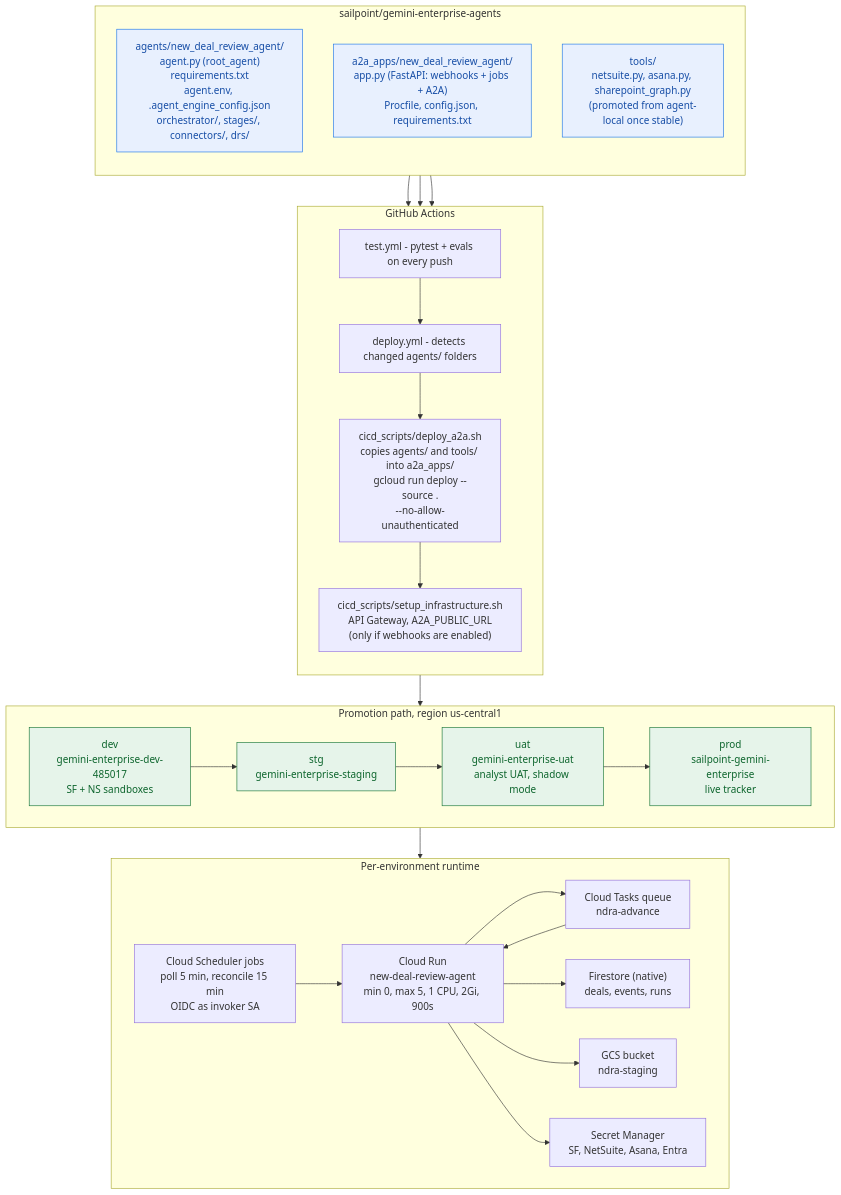
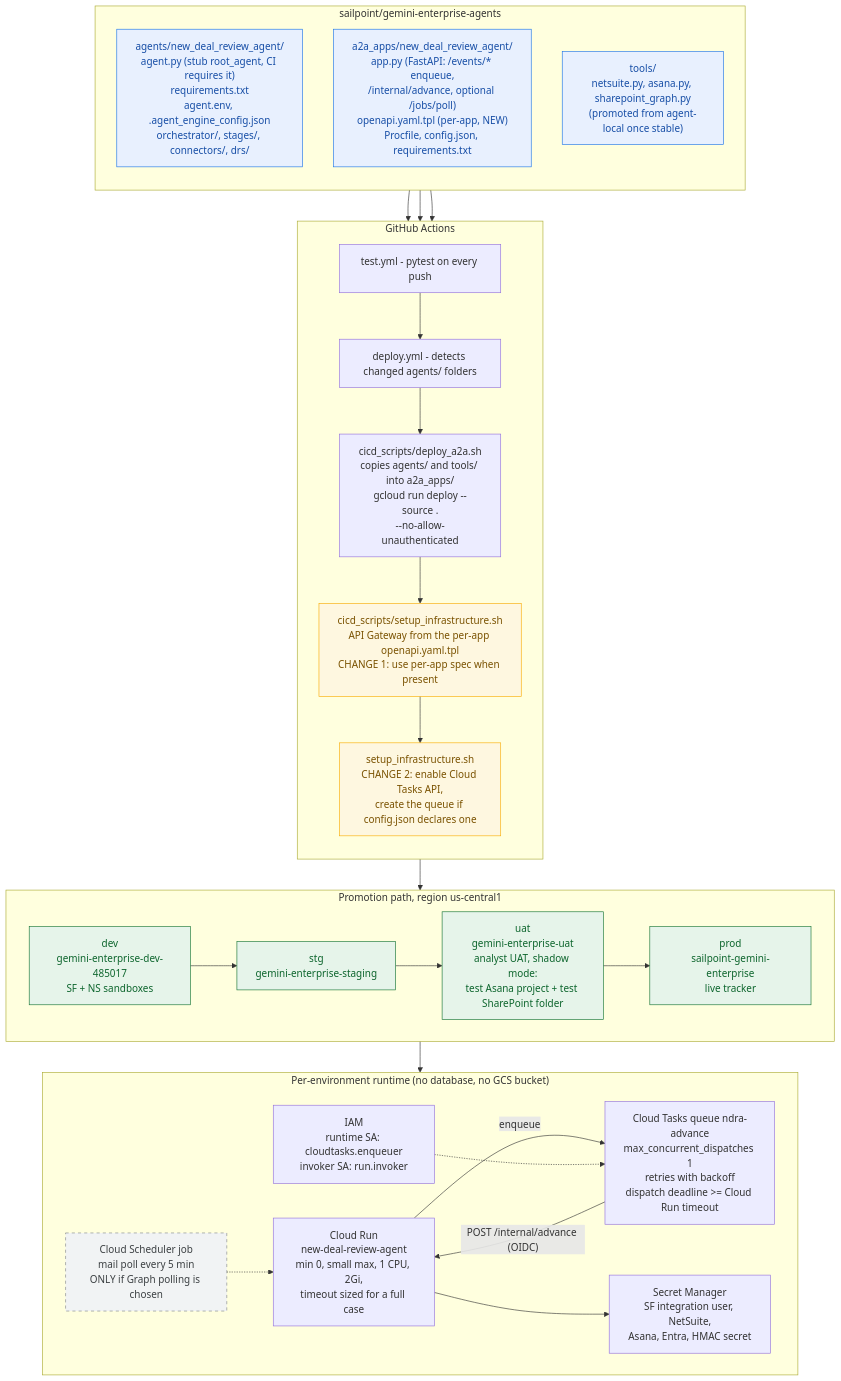
Before and after one commit to raj-barshikar-sp/deal_review_agent_wf1: the diagram in docs/plan/diagrams/mmd/07-deployment.mmd, drawn with Mermaid. The commit also changed 21 other files, not shown here.

Commit message:
updated diagrams

```diff
--- a/docs/plan/diagrams/mmd/07-deployment.mmd
+++ b/docs/plan/diagrams/mmd/07-deployment.mmd
@@ -1,49 +1,51 @@
 flowchart TB
     classDef repo fill:#e8f0fe,stroke:#1a73e8,color:#174ea6
     classDef env fill:#e6f4ea,stroke:#137333,color:#0d652d
+    classDef opt fill:#f1f3f4,stroke:#80868b,color:#3c4043,stroke-dasharray: 5 5
+    classDef new fill:#fef7e0,stroke:#f9ab00,color:#7a5200
 
     subgraph R["sailpoint/gemini-enterprise-agents"]
         direction TB
-        A1["agents/new_deal_review_agent/<br/>agent.py (root_agent)<br/>requirements.txt<br/>agent.env, .agent_engine_config.json<br/>orchestrator/, stages/, connectors/, drs/"]:::repo
-        A2["a2a_apps/new_deal_review_agent/<br/>app.py (FastAPI: webhooks + jobs + A2A)<br/>Procfile, config.json, requirements.txt"]:::repo
+        A1["agents/new_deal_review_agent/<br/>agent.py (stub root_agent, CI requires it)<br/>requirements.txt<br/>agent.env, .agent_engine_config.json<br/>orchestrator/, stages/, connectors/, drs/"]:::repo
+        A2["a2a_apps/new_deal_review_agent/<br/>app.py (FastAPI: /events/* enqueue,<br/>/internal/advance, optional /jobs/poll)<br/>openapi.yaml.tpl (per-app, NEW)<br/>Procfile, config.json, requirements.txt"]:::repo
         A3["tools/<br/>netsuite.py, asana.py, sharepoint_graph.py<br/>(promoted from agent-local once stable)"]:::repo
     end
 
     subgraph CI["GitHub Actions"]
         direction TB
-        T1["test.yml - pytest + evals on every push"]
+        T1["test.yml - pytest on every push"]
         T2["deploy.yml - detects changed agents/ folders"]
         T3["cicd_scripts/deploy_a2a.sh<br/>copies agents/ and tools/ into a2a_apps/<br/>gcloud run deploy --source .<br/>--no-allow-unauthenticated"]
-        T4["cicd_scripts/setup_infrastructure.sh<br/>API Gateway, A2A_PUBLIC_URL<br/>(only if webhooks are enabled)"]
+        T4["cicd_scripts/setup_infrastructure.sh<br/>API Gateway from the per-app openapi.yaml.tpl<br/>CHANGE 1: use per-app spec when present"]:::new
+        T5["setup_infrastructure.sh<br/>CHANGE 2: enable Cloud Tasks API,<br/>create the queue if config.json declares one"]:::new
     end
 
     subgraph ENVS["Promotion path, region us-central1"]
         direction LR
         E1["dev<br/>gemini-enterprise-dev-485017<br/>SF + NS sandboxes"]:::env
         E2["stg<br/>gemini-enterprise-staging"]:::env
-        E3["uat<br/>gemini-enterprise-uat<br/>analyst UAT, shadow mode"]:::env
+        E3["uat<br/>gemini-enterprise-uat<br/>analyst UAT, shadow mode:<br/>test Asana project + test SharePoint folder"]:::env
         E4["prod<br/>sailpoint-gemini-enterprise<br/>live tracker"]:::env
     end
 
-    subgraph RT["Per-environment runtime"]
+    subgraph RT["Per-environment runtime (no database, no GCS bucket)"]
         direction LR
-        RT1["Cloud Run<br/>new-deal-review-agent<br/>min 0, max 5, 1 CPU, 2Gi, 900s"]
-        RT2["Cloud Scheduler jobs<br/>poll 5 min, reconcile 15 min<br/>OIDC as invoker SA"]
-        RT3["Cloud Tasks queue<br/>ndra-advance"]
-        RT4["Firestore (native)<br/>deals, events, runs"]
-        RT5["GCS bucket<br/>ndra-staging"]
-        RT6["Secret Manager<br/>SF, NetSuite, Asana, Entra"]
+        RT1["Cloud Run<br/>new-deal-review-agent<br/>min 0, small max, 1 CPU, 2Gi,<br/>timeout sized for a full case"]
+        RT3["Cloud Tasks queue ndra-advance<br/>max_concurrent_dispatches 1<br/>retries with backoff<br/>dispatch deadline >= Cloud Run timeout"]
+        RT2["Cloud Scheduler job<br/>mail poll every 5 min<br/>ONLY if Graph polling is chosen"]:::opt
+        RT6["Secret Manager<br/>SF integration user, NetSuite,<br/>Asana, Entra, HMAC secret"]
+        RT7["IAM<br/>runtime SA: cloudtasks.enqueuer<br/>invoker SA: run.invoker"]
     end
 
     A1 --> T2
     A2 --> T2
     A3 --> T2
     T1 --> T2
-    T2 --> T3 --> T4
+    T2 --> T3 --> T4 --> T5
     T3 --> E1 --> E2 --> E3 --> E4
     E4 --> RT
-    RT2 --> RT1
-    RT1 --> RT3 --> RT1
-    RT1 --> RT4
-    RT1 --> RT5
+    RT2 -.-> RT1
+    RT1 -->|"enqueue"| RT3
+    RT3 -->|"POST /internal/advance (OIDC)"| RT1
     RT1 --> RT6
+    RT7 -.-> RT3
```
